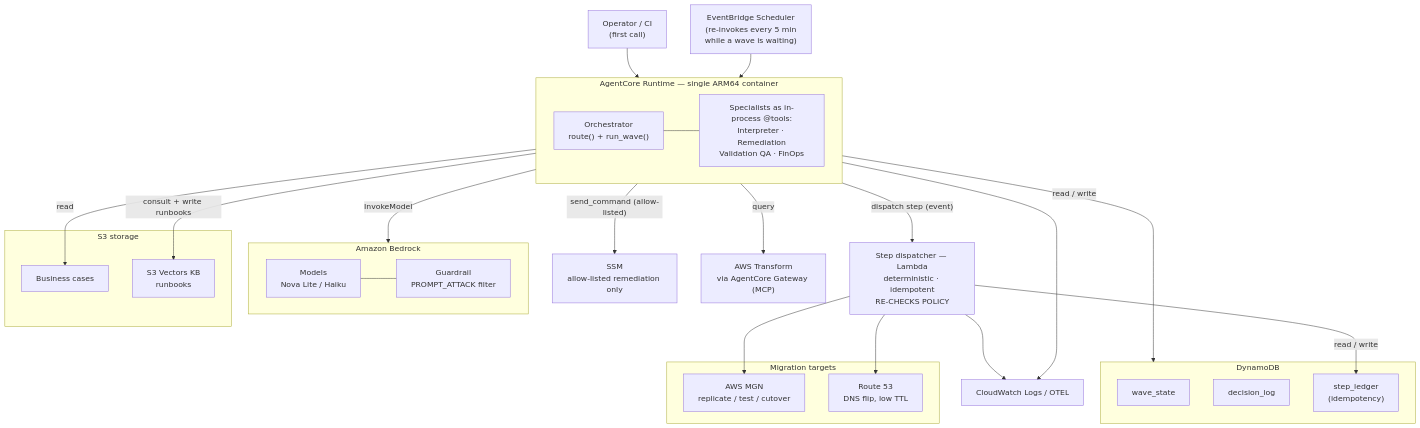
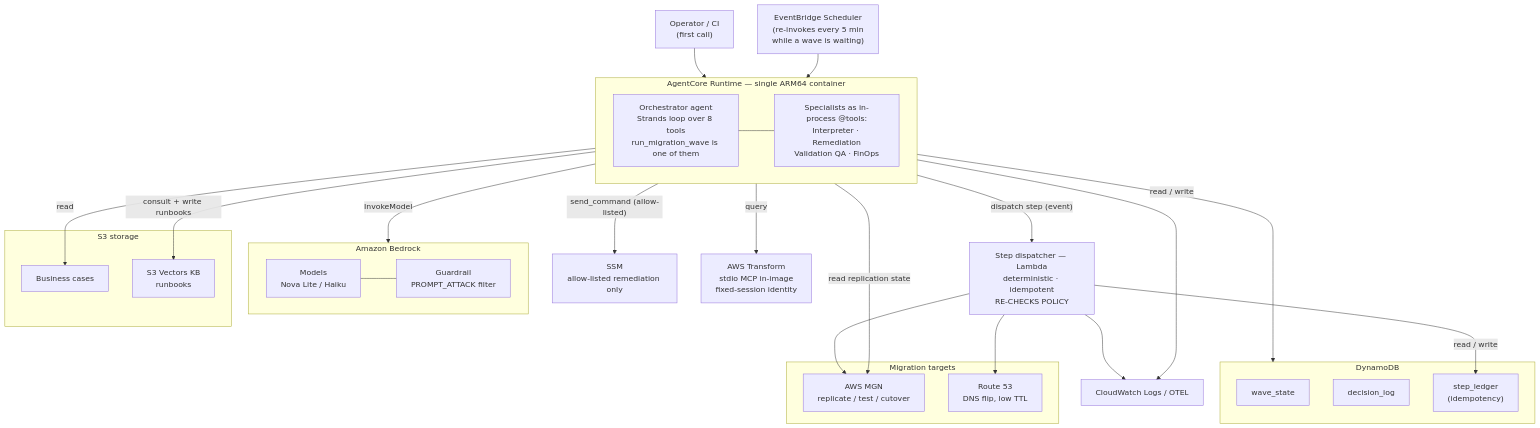
One commit to CloudCraftersOrg/transform-agents changed the first of 3 diagrams in docs/architecture.md. Above: the diagram before and after it, drawn with Mermaid. The commit also changed other lines of this file and 74 other files, not shown here.

````diff
--- a/docs/architecture.md
+++ b/docs/architecture.md
@@ -38,55 +38,56 @@
 ```mermaid
 flowchart TB
     OP["Operator / CI<br/>(first call)"]
     EB["EventBridge Scheduler<br/>(re-invokes every 5 min<br/>while a wave is waiting)"]
 
     subgraph RT["AgentCore Runtime — single ARM64 container"]
-        ORCH["Orchestrator<br/>route() + run_wave()"]
+        ORCH["Orchestrator agent<br/>Strands loop over 8 tools<br/>run_migration_wave is one of them"]
         SPEC["Specialists as in-process @tools:<br/>Interpreter · Remediation<br/>Validation QA · FinOps"]
         ORCH --- SPEC
     end
 
     subgraph BR["Amazon Bedrock"]
         MODEL["Models<br/>Nova Lite / Haiku"]
         GRD["Guardrail<br/>PROMPT_ATTACK filter"]
         MODEL --- GRD
     end
 
     subgraph DDB["DynamoDB"]
         WS["wave_state"]
         DL["decision_log"]
         SL["step_ledger<br/>(idempotency)"]
     end
 
     DISP["Step dispatcher — Lambda<br/>deterministic · idempotent<br/>RE-CHECKS POLICY"]
 
     subgraph TGT["Migration targets"]
         MGN["AWS MGN<br/>replicate / test / cutover"]
         R53["Route 53<br/>DNS flip, low TTL"]
     end
 
     SSM["SSM<br/>allow-listed remediation only"]
-    TF["AWS Transform<br/>via AgentCore Gateway (MCP)"]
+    TF["AWS Transform<br/>stdio MCP in-image<br/>fixed-session identity"]
 
     subgraph KN["S3 storage"]
         S3["Business cases"]
         KB["S3 Vectors KB<br/>runbooks"]
     end
 
     CW["CloudWatch Logs / OTEL"]
 
     OP --> RT
     EB --> RT
     RT -->|InvokeModel| BR
     RT -->|read / write| DDB
     RT -->|"dispatch step (event)"| DISP
     RT -->|query| TF
+    RT -->|"read replication state"| MGN
     RT -->|consult + write runbooks| KB
     RT -->|read| S3
     RT -->|"send_command (allow-listed)"| SSM
     DISP --> MGN
     DISP --> R53
     DISP -->|read / write| SL
     RT --> CW
     DISP --> CW
 ```
````
